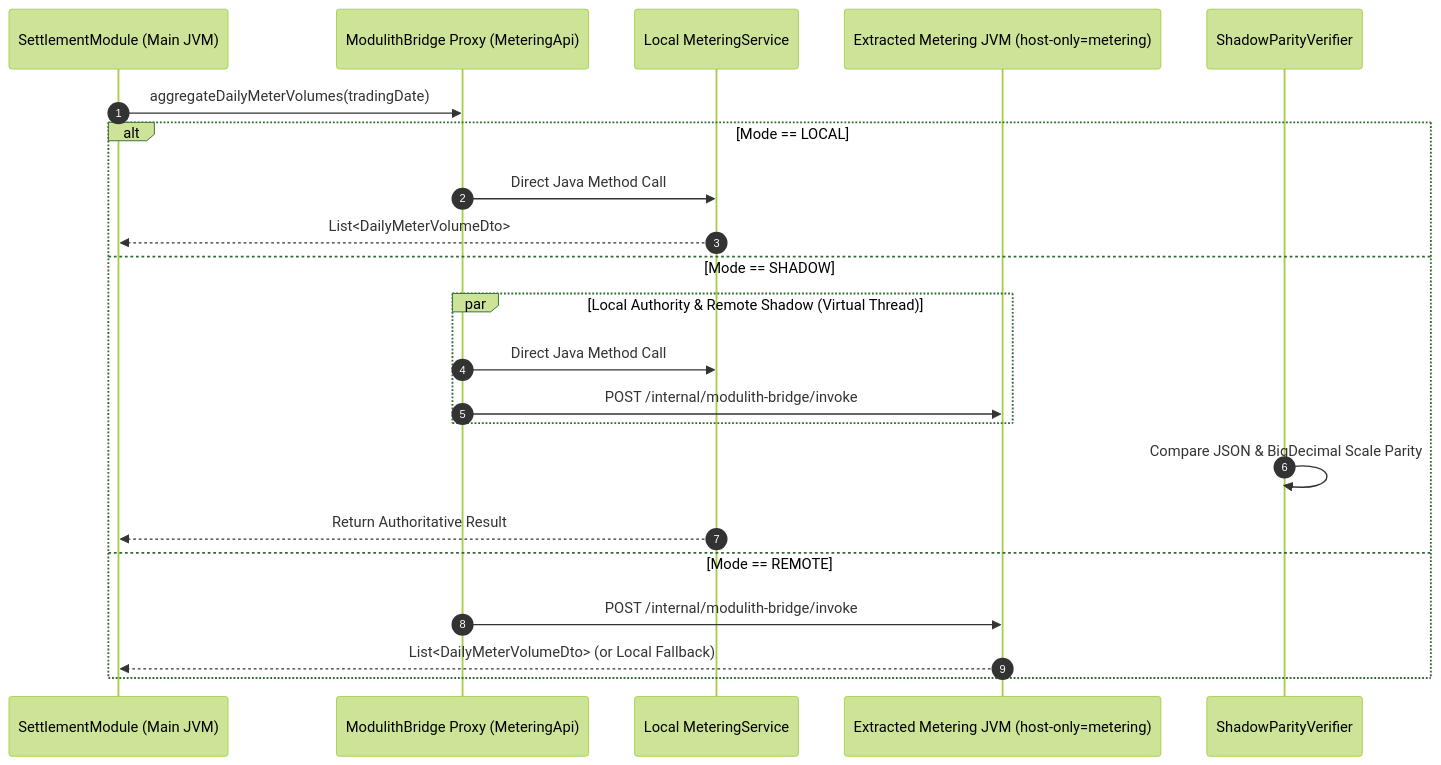
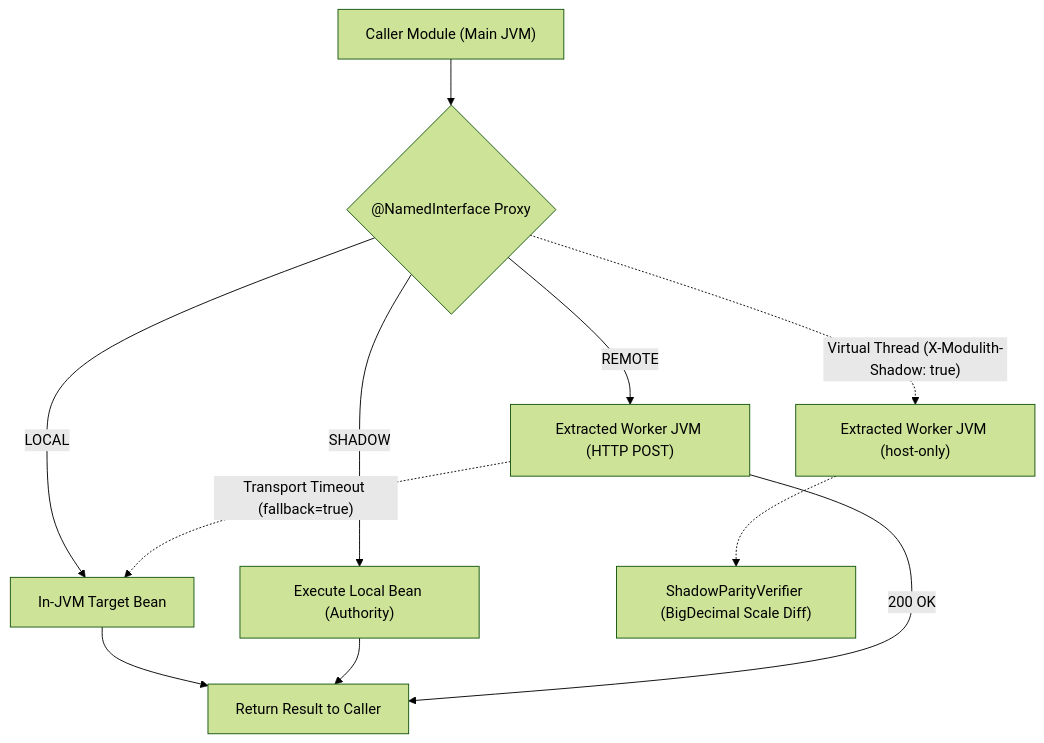
Before and after one commit to builtbyjuls/spring-modulith-strangler-bridge: the diagram in README.md, drawn with Mermaid (forest theme). The commit also changed other lines of this file, not shown here.

Commit message:
docs: simplify architecture flow diagram in readme

````diff
--- a/README.md
+++ b/README.md
@@ -37,25 +37,16 @@
 ```mermaid
-sequenceDiagram
-    autonumber
-    participant Caller as SettlementModule (Main JVM)
-    participant Proxy as ModulithBridge Proxy (MeteringApi)
-    participant Local as Local MeteringService
-    participant Worker as Extracted Metering JVM (host-only=metering)
-    participant Verifier as ShadowParityVerifier
+flowchart TD
+    Caller["Caller Module (Main JVM)"] --> Proxy{"@NamedInterface Proxy"}
 
-    Caller->>Proxy: aggregateDailyMeterVolumes(tradingDate)
-    alt Mode == LOCAL
-        Proxy->>Local: Direct Java Method Call
-        Local-->>Caller: List<DailyMeterVolumeDto>
-    else Mode == SHADOW
-        par Local Authority & Remote Shadow (Virtual Thread)
-            Proxy->>Local: Direct Java Method Call
-            Proxy->>Worker: POST /internal/modulith-bridge/invoke
-        end
-        Verifier->>Verifier: Compare JSON & BigDecimal Scale Parity
-        Local-->>Caller: Return Authoritative Result
-    else Mode == REMOTE
-        Proxy->>Worker: POST /internal/modulith-bridge/invoke
-        Worker-->>Caller: List<DailyMeterVolumeDto> (or Local Fallback)
-    end
+    Proxy -- "LOCAL" --> Local["In-JVM Target Bean"]
+    Local --> Return["Return Result to Caller"]
+
+    Proxy -- "SHADOW" --> ShadowLocal["Execute Local Bean (Authority)"]
+    ShadowLocal --> Return
+    Proxy -. "Virtual Thread (X-Modulith-Shadow: true)" .-> Worker["Extracted Worker JVM (host-only)"]
+    Worker -.-> Verifier["ShadowParityVerifier (BigDecimal Scale Diff)"]
+
+    Proxy -- "REMOTE" --> WorkerRemote["Extracted Worker JVM (HTTP POST)"]
+    WorkerRemote -- "200 OK" --> Return
+    WorkerRemote -. "Transport Timeout (fallback=true)" .-> Local
 ```
````
